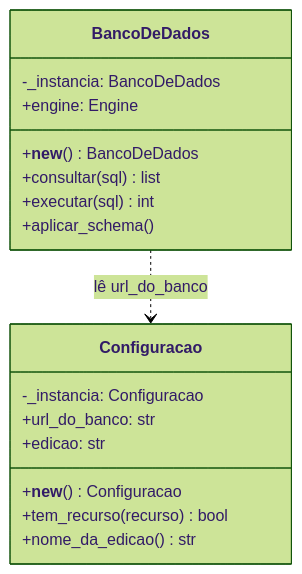
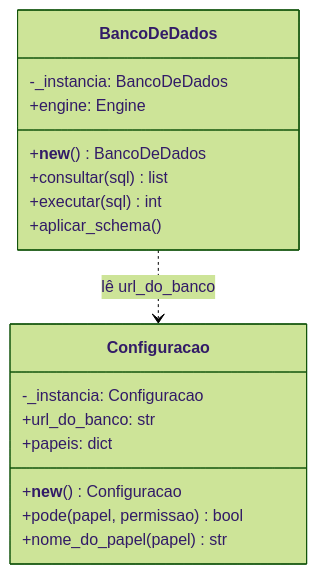
One commit to aland3r/driftor-reuso changed the first of 3 diagrams in defesa/padroes-de-projeto.md. Above: the diagram before and after it, drawn with Mermaid (forest theme). The commit also changed other lines of this file and 3 other files, not shown here.

````diff
--- a/defesa/padroes-de-projeto.md
+++ b/defesa/padroes-de-projeto.md
@@ -17,20 +17,20 @@
 ```mermaid
 classDiagram
     class Configuracao {
         -_instancia: Configuracao
         +url_do_banco: str
-        +edicao: str
+        +papeis: dict
         +__new__() Configuracao
-        +tem_recurso(recurso) bool
-        +nome_da_edicao() str
+        +pode(papel, permissao) bool
+        +nome_do_papel(papel) str
     }
     class BancoDeDados {
         -_instancia: BancoDeDados
         +engine: Engine
         +__new__() BancoDeDados
         +consultar(sql) list
         +executar(sql) int
         +aplicar_schema()
     }
     BancoDeDados ..> Configuracao : lê url_do_banco
 ```
````
